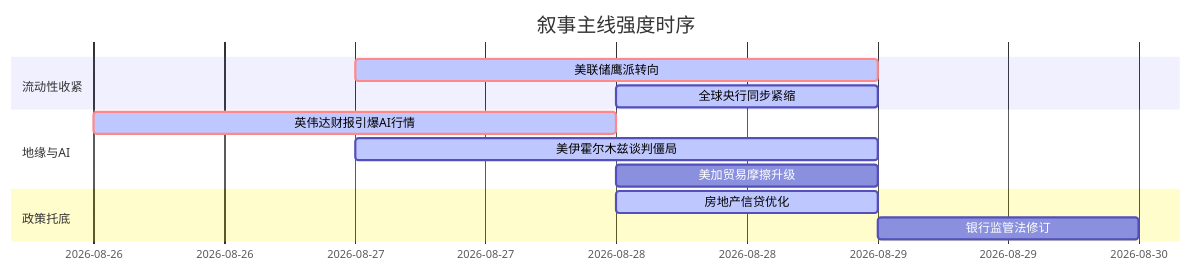
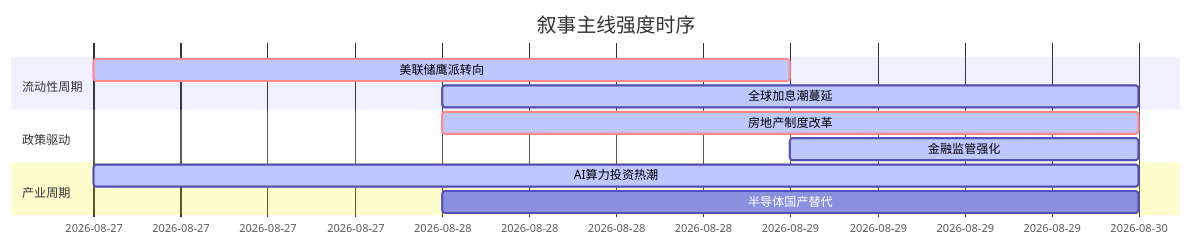
Before and after one commit to uu5zn/uu5zn.github.io: the diagram in 5day_report.md, drawn with Mermaid. The commit also changed other lines of this file and 3 other files, not shown here.

````diff
--- a/5day_report.md
+++ b/5day_report.md
@@ -58,17 +58,16 @@
 ```mermaid
 gantt
     title 叙事主线强度时序
     dateFormat YYYY-MM-DD
-    section 流动性收紧
+    section 流动性周期
     美联储鹰派转向   :crit, active, 2026-08-27, 2d
-    全球央行同步紧缩   :active, 2026-08-28, 1d
+    全球加息潮蔓延   :active, 2026-08-28, 2d
     
-    section 地缘与AI
-    英伟达财报引爆AI行情   :crit, active, 2026-08-26, 2d
-    美伊霍尔木兹谈判僵局   :active, 2026-08-27, 2d
-    美加贸易摩擦升级   :2026-08-28, 1d
+    section 政策驱动
+    房地产制度改革   :crit, active, 2026-08-28, 2d
+    金融监管强化     :active, 2026-08-29, 1d
     
-    section 政策托底
-    房地产信贷优化   :active, 2026-08-28, 1d
-    银行监管法修订   :2026-08-29, 1d
+    section 产业周期
+    AI算力投资热潮   :active, 2026-08-27, 3d
+    半导体国产替代   :2026-08-28, 2d
 ```
````
